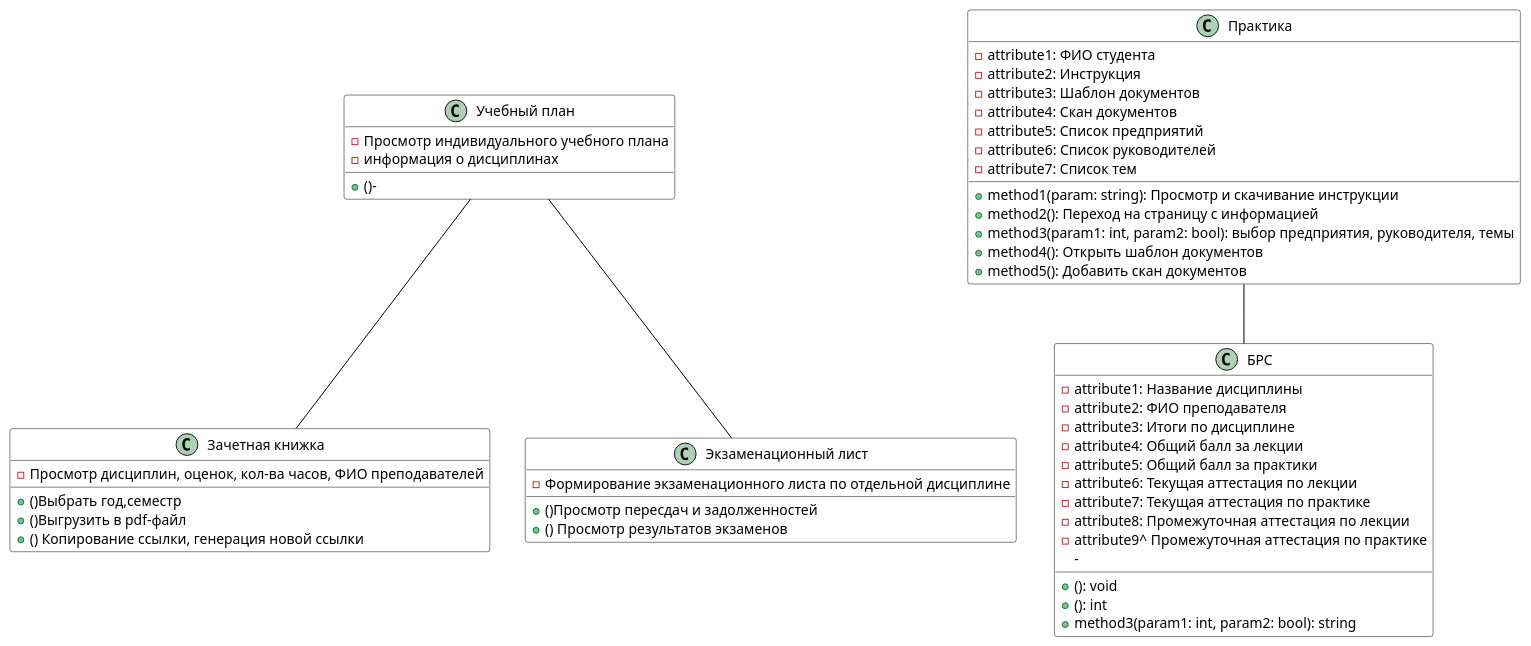
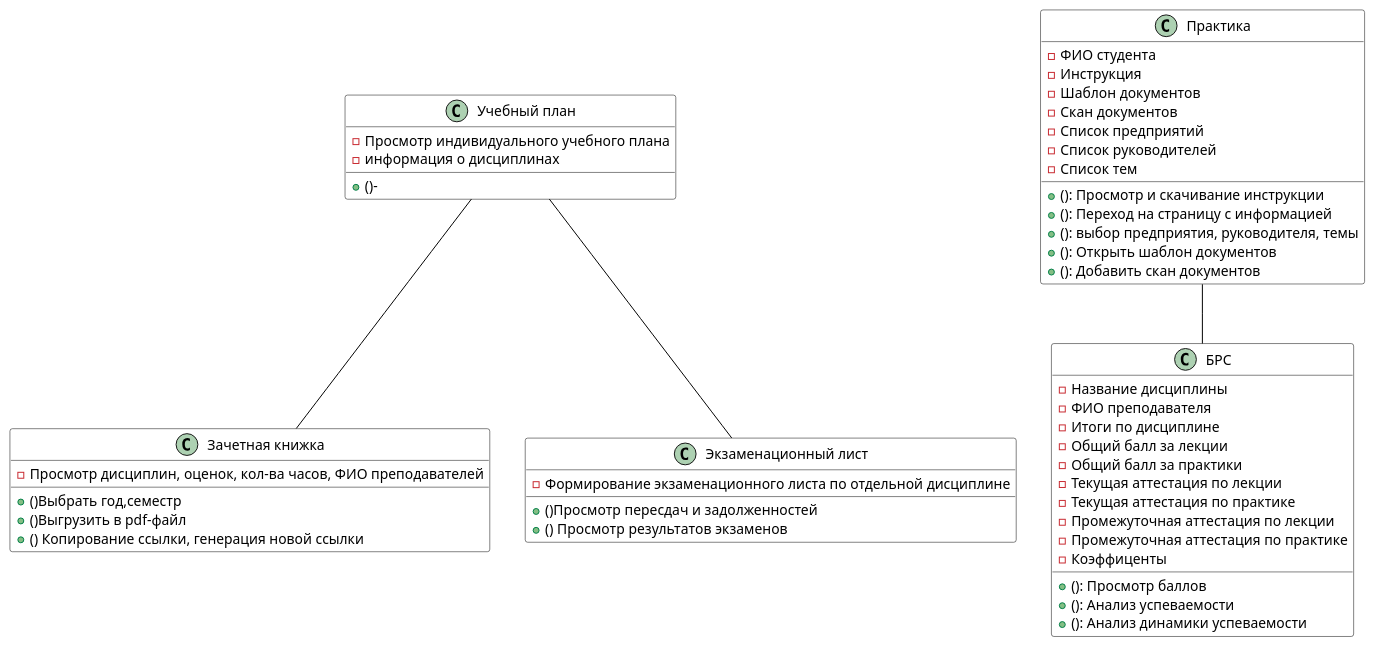
The diagram in test2.puml (AEKCOOL1905/first_repo), drawn with PlantUML before and after one commit.

```diff
--- a/test2.puml
+++ b/test2.puml
@@ -1,136 +1,136 @@
 @startuml
 
 ' Настройка стиля для прямоугольника
 skinparam class {
     BackgroundColor #FFF
     BorderColor #000
     ArrowColor #000
     FontName Arial
 }
 
 ' Класс с атрибутами и методами
 
 class "Учебный план" as учебныйплан {
   ' Атрибуты (поля класса)
   - Просмотр индивидуального учебного плана
   - информация о дисциплинах
  
 
  ' Методы (функции класса)
 
   + ()-
 
 }
 
 ' Можно добавить связь с другим классом (опционально)
 ' class AnotherClass
 ' MyClass --> AnotherClass : "использует"
 учебныйплан--Зачетнаякнижка
 
 
 
 ' Настройка стиля для прямоугольника
 skinparam class {
     BackgroundColor #FFF
     BorderColor #000
     ArrowColor #000
     FontName Arial
 }
 
 ' Класс с атрибутами и методами
 
 class "Зачетная книжка" as Зачетнаякнижка {
   ' Атрибуты (поля класса)
   - Просмотр дисциплин, оценок, кол-ва часов, ФИО преподавателей
 
   ' Методы (функции класса)
   +()Выбрать год,семестр
   +()Выгрузить в pdf-файл
   +() Копирование ссылки, генерация новой ссылки
 }
 
 ' Можно добавить связь с другим классом (опционально)
 ' class AnotherClass
 ' MyClass --> AnotherClass : "использует"
 ' Можно добавить связь с другим классом (опционально)
 ' class AnotherClass
 ' MyClass --> AnotherClass : "использует"
 учебныйплан--Экзаменационныйлист
 
 ' Настройка стиля для прямоугольника
 skinparam class {
     BackgroundColor #FFF
     BorderColor #000
     ArrowColor #000
     FontName Arial
 }
 
 ' Класс с атрибутами и методами
 class "Экзаменационный лист" as Экзаменационныйлист {
   ' Атрибуты (поля класса)
   -  Формирование экзаменационного листа по отдельной дисциплине
  
   ' Методы (функции класса)
   + ()Просмотр пересдач и задолженностей 
   + () Просмотр результатов экзаменов
 
 }
 
 ' Можно добавить связь с другим классом (опционально)
 ' class AnotherClass
 ' MyClass --> AnotherClass : "использует"g
 
 ' Класс с атрибутами и методами
-class "Практика" as MyClass {
+class "Практика" as Практика {
   ' Атрибуты (поля класса)
-  - attribute1: ФИО студента
-  - attribute2: Инструкция
-  - attribute3: Шаблон документов
-  - attribute4: Скан документов
-  - attribute5: Список предприятий
-  - attribute6: Список руководителей
-  - attribute7: Список тем
+  - ФИО студента
+  - Инструкция
+  - Шаблон документов
+  - Скан документов
+  - Список предприятий
+  - Список руководителей
+  - Список тем
   ' Методы (функции класса)
-  + method1(param: string): Просмотр и скачивание инструкции
-  + method2(): Переход на страницу с информацией
-  + method3(param1: int, param2: bool): выбор предприятия, руководителя, темы
-  + method4(): Открыть шаблон документов
-  + method5(): Добавить скан документов
+  + (): Просмотр и скачивание инструкции
+  + (): Переход на страницу с информацией
+  + (): выбор предприятия, руководителя, темы
+  + (): Открыть шаблон документов
+  + (): Добавить скан документов
 }
 
 ' Можно добавить связь с другим классом (опционально)
 ' class AnotherClass
 ' MyClass --> AnotherClass : "использует"
-MyClass--BRS
+Практика--БРС
 
 ' Настройка стиля для прямоугольника
 skinparam class {
     BackgroundColor #FFF
     BorderColor #000
     ArrowColor #000
     FontName Arial
 }
 
 ' Класс с атрибутами и методами
-class "БРС" as BRS {
+class "БРС" as БРС {
   ' Атрибуты (поля класса)
-  - attribute1: Название дисциплины
-  - attribute2: ФИО преподавателя
-  - attribute3: Итоги по дисциплине
-  - attribute4: Общий балл за лекции
-  - attribute5: Общий балл за практики
-  - attribute6: Текущая аттестация по лекции
-  - attribute7: Текущая аттестация по практике
-  - attribute8: Промежуточная аттестация по лекции
-  - attribute9^ Промежуточная аттестация по практике
-  - 
+  - Название дисциплины
+  - ФИО преподавателя
+  - Итоги по дисциплине
+  - Общий балл за лекции
+  - Общий балл за практики
+  - Текущая аттестация по лекции
+  - Текущая аттестация по практике
+  - Промежуточная аттестация по лекции
+  - Промежуточная аттестация по практике
+  - Коэффиценты
   ' Методы (функции класса)
-  + (): void
-  +  (): int
-  + method3(param1: int, param2: bool): string
+  + (): Просмотр баллов
+  + (): Анализ успеваемости
+  + (): Анализ динамики успеваемости
 }
 ' Можно добавить связь с другим классом (опционально)
 ' class AnotherClass
 ' MyClass --> AnotherClass : "использует"
 
 @enduml
```
